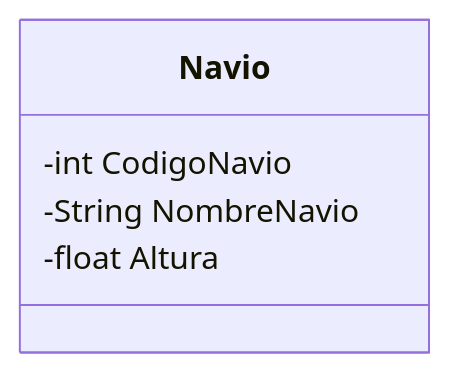
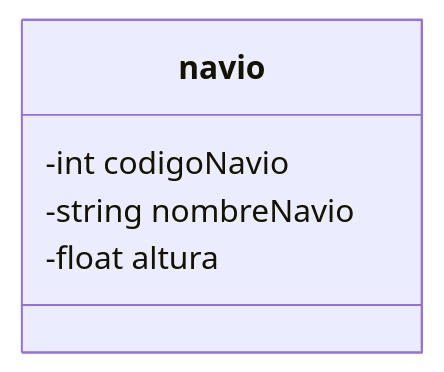
One commit to Ferchovich/SEA_STAR changed the diagram in src/uml/classDiagram.mmd. Above: the diagram before and after it, drawn with Mermaid. The commit also changed other lines of this file, not shown here.

```diff
--- a/src/uml/classDiagram.mmd
+++ b/src/uml/classDiagram.mmd
@@ -1,6 +1,7 @@
 classDiagram
-    class Navio{
-        -int CodigoNavio
-        -String NombreNavio
-        -float Altura
+    
+    class navio{
+        -int codigoNavio
+        -string nombreNavio
+        -float altura
     }
```
